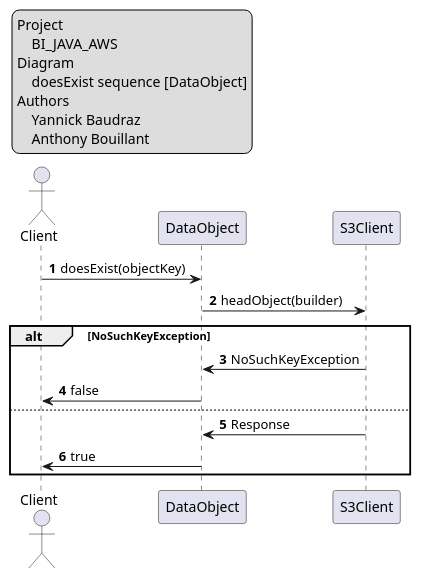
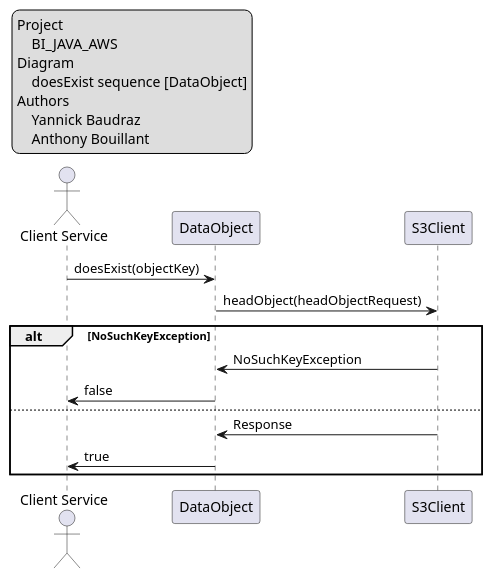
Before and after one commit to CPNV-ES-BI/BI_JAVA_AWS: the diagram in doc/sequences/Dataobject_doesExist.puml, drawn with PlantUML. The commit also changed 7 other files, not shown here.

Commit message:
Add DataObject sequence diagrams

```diff
--- a/doc/sequences/Dataobject_doesExist.puml
+++ b/doc/sequences/Dataobject_doesExist.puml
@@ -1,31 +1,29 @@
 @startuml DataObject_doesExist
 'https://plantuml.com/sequence-diagram
 
 legend top left
     Project
         BI_JAVA_AWS
     Diagram
         doesExist sequence [DataObject]
     Authors
         Yannick Baudraz
         Anthony Bouillant
 endlegend
 
-autonumber
-
-actor Client
+actor "Client Service" as Client
 
 participant DataObject
 participant S3Client
 
 Client -> DataObject : doesExist(objectKey)
-DataObject -> S3Client : headObject(builder)
+DataObject -> S3Client : headObject(headObjectRequest)
 alt NoSuchKeyException
     S3Client -> DataObject : NoSuchKeyException
     DataObject -> Client : false
 else
     S3Client -> DataObject : Response
     DataObject -> Client : true
 end
 
 @enduml
```
